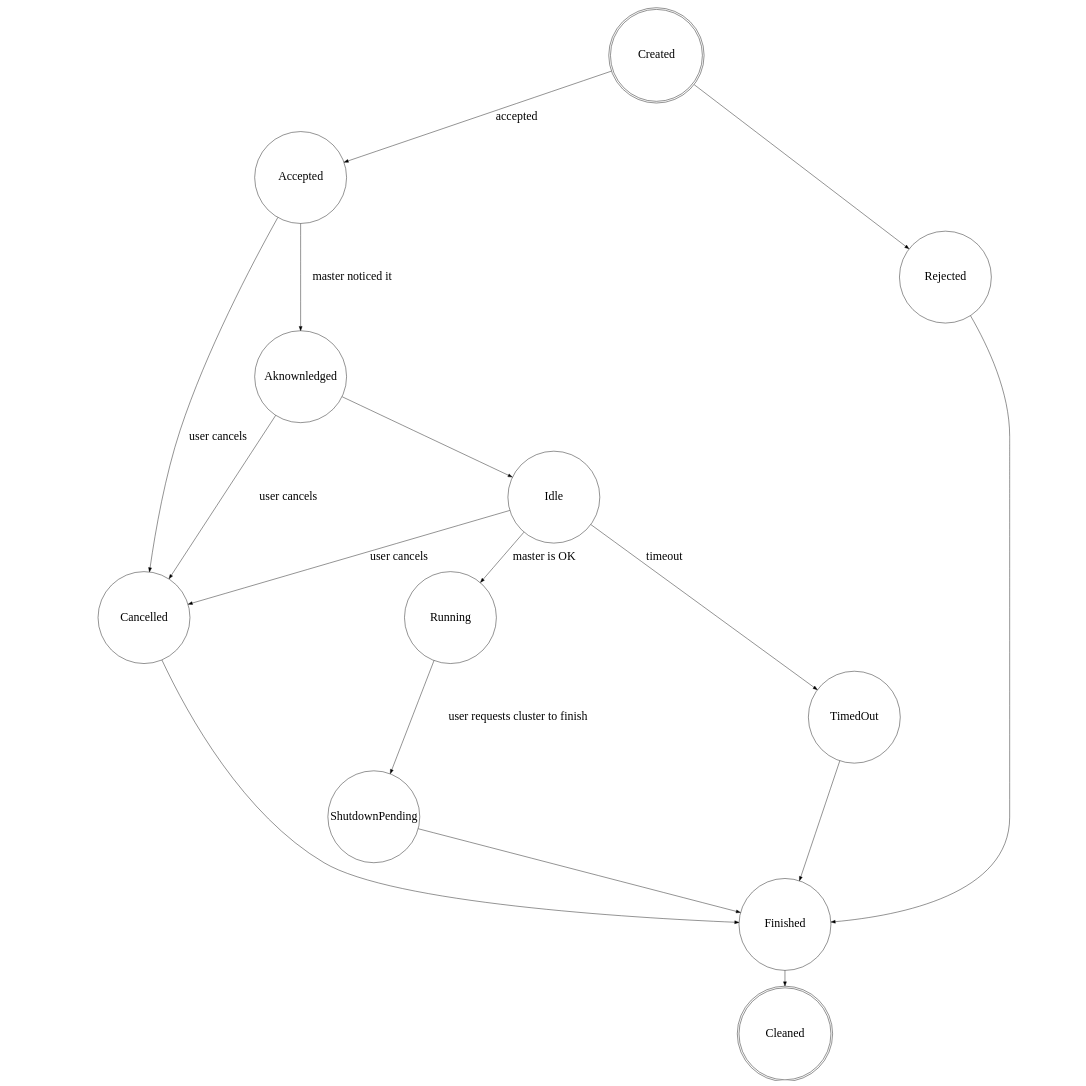
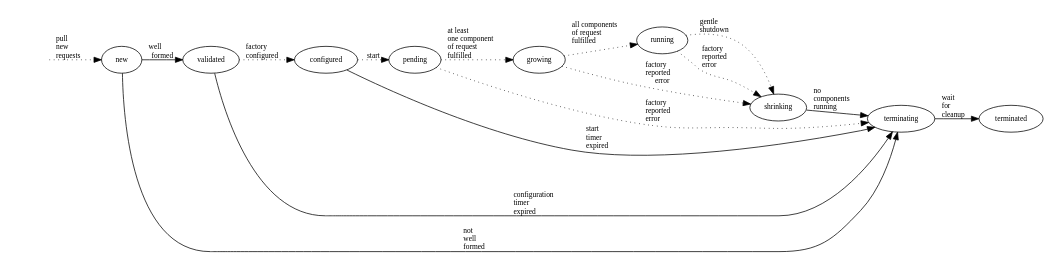
The diagram in diagrams/request_state_diagram.dot (vc3-project/vc3-docs), drawn with Graphviz before and after one commit.

Commit message:
diagram of requests according to code

```diff
--- a/diagrams/request_state_diagram.dot
+++ b/diagrams/request_state_diagram.dot
@@ -1,28 +1,57 @@
-digraph Request {
-    rankdir=TB;
-    size="20,20";
-    ratio="fill";
-    node [shape = doublecircle, fixedsize="true", width="3", fontsize="28"]; Created Cleaned;
-    node [shape = circle, fixedsize="true", width="3", fontsize="28"];
-    edge [fontsize="28"]
+digraph requests {
+    compound = true;
+    #concentrate = true;
+    ratio = compress;
+    size="20";
+    rankdir="LR";
 
-    Created -> Accepted [ label = "accepted" ];
-    Created -> Rejected;
-    Accepted -> Aknownledged [ label = "master noticed it" ];
-    Accepted -> Cancelled [label = "user cancels" ];
+    ranksep = 0.25;
+    nodesep = 0.25;
 
-    Aknownledged -> Cancelled [label = "user cancels" ];
-    Aknownledged -> Idle;
+    node [fontsize=10]
+    edge [fontsize=10];
 
-    Idle -> Cancelled [ label = "user cancels" ];
-    Idle -> Running [ label = "master is OK" ];
-    Idle -> TimedOut [ label = "timeout" ];
-    Running -> ShutdownPending [ label = "user requests cluster to finish" ];
+    infoservice [shape = none ][ label = "" ];
 
-    ShutdownPending -> Finished;
-    TimedOut -> Finished;
-    Cancelled -> Finished;
-    Rejected -> Finished;
-    Finished -> Cleaned;
-    
+    subgraph cluster_normalstates {
+        style = invis;
+        new;
+        validated;
+        configured;
+        pending;
+        growing;
+        running;
+    }
+
+    subgraph cluster_endingstates {
+        style = invis;
+        shrinking;
+        terminating;
+        terminated;
+    }
+
+    infoservice -> new [ style = dotted ][ label = "pull\lnew\lrequests\l" ];
+
+    new -> validated   [ label = "well\lformed" ];
+    new -> terminating [ label = "not\lwell\lformed\l" ];
+
+    validated -> configured  [ label = "factory\lconfigured\l" ][ style = dotted ];
+    validated -> terminating [ label = "configuration\ltimer\lexpired\l" ];
+
+    configured -> pending     [ label = "start" ][ style = dotted ];
+    configured -> terminating [ label = "start\ltimer\lexpired\l" ];
+
+    pending    -> growing     [ label = "at least\lone component\lof request\lfulfilled\l" ][ style = dotted ];
+    pending    -> terminating [ label = "factory\lreported\lerror\l" ][ style = dotted ];
+
+    growing    -> running     [ label = "all components\lof request\lfulfilled\l" ][ style = dotted ];
+    growing    -> shrinking   [ label = "factory\lreported\lerror" ][ style = dotted ];
+
+    running    -> shrinking   [ label = "\lgentle\lshutdown\l" ][ style = dotted ];
+    running    -> shrinking   [ label = "factory\lreported\lerror\l" ][ style = dotted ];
+
+    shrinking  -> terminating [ label = "no\lcomponents\lrunning\l"][ styel = dotted ];
+
+
+    terminating -> terminated [ label = "wait\lfor\lcleanup\l" ];
 }
```
